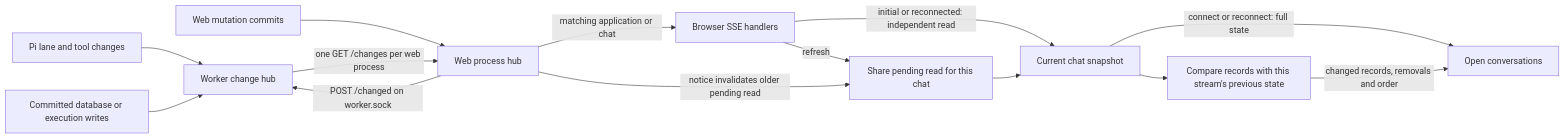
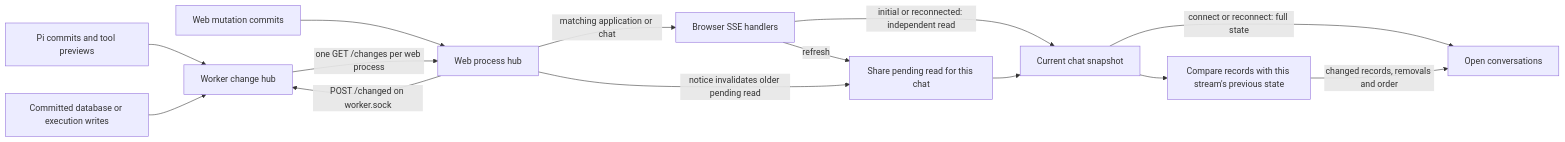
The second of 6 diagrams in docs/architecture.md (lustoykov/hallvi), drawn with Mermaid before and after one commit. The commit also changed other lines of this file and 11 other files, not shown here.

````diff
--- a/docs/architecture.md
+++ b/docs/architecture.md
@@ -81,16 +87,16 @@
 ```mermaid
 flowchart LR
-    Pi[Pi lane and tool changes] --> Hub[Worker change hub]
+    Pi[Pi commits and tool previews] --> Hub[Worker change hub]
     Writes[Committed database or execution writes] --> Hub
     WebWrite[Web mutation commits] --> Local[Web process hub]
     Local -->|POST /changed on worker.sock| Hub
     Hub -->|one GET /changes per web process| Local
     Local -->|matching application or chat| Stream[Browser SSE handlers]
     Stream -->|initial or reconnected: independent read| Snapshot[Current chat snapshot]
     Stream -->|refresh| Pending[Share pending read for this chat]
     Local -->|notice invalidates older pending read| Pending
     Pending --> Snapshot
     Snapshot -->|connect or reconnect: full state| Browser[Open conversations]
     Snapshot --> Compare[Compare records with this stream's previous state]
     Compare -->|changed records, removals and order| Browser
 ```
````
